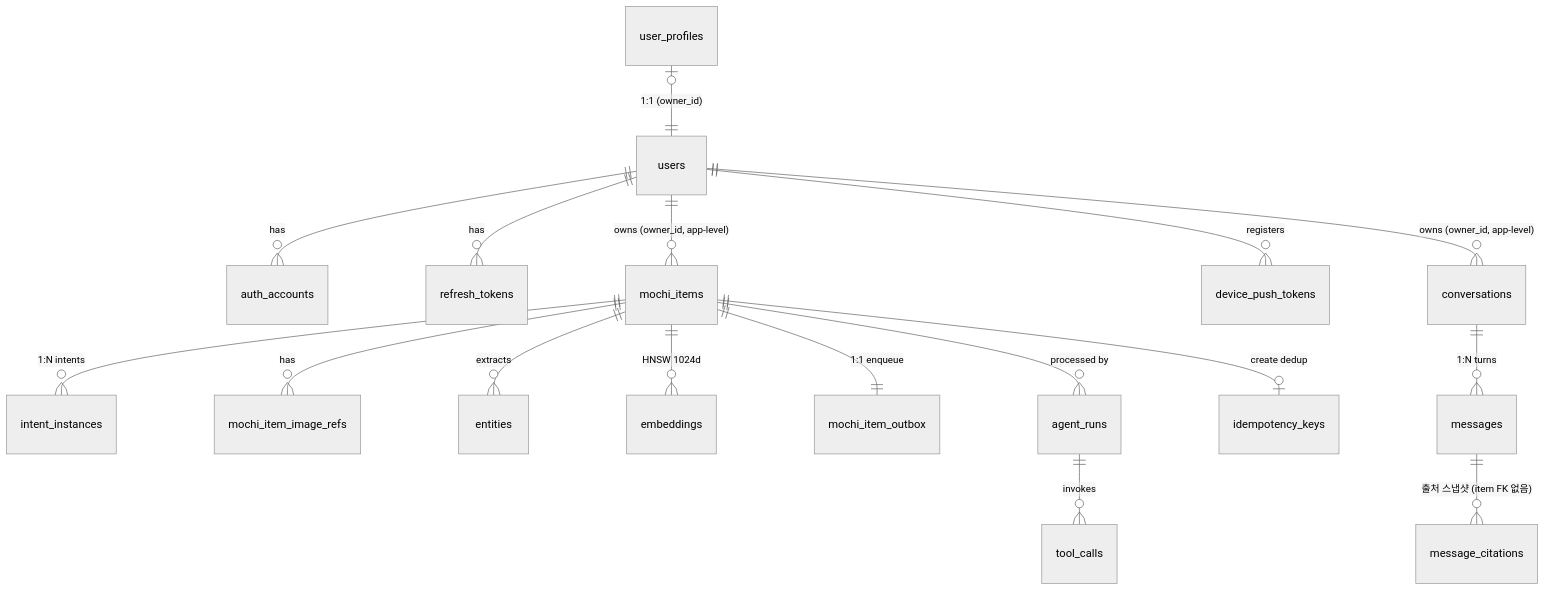
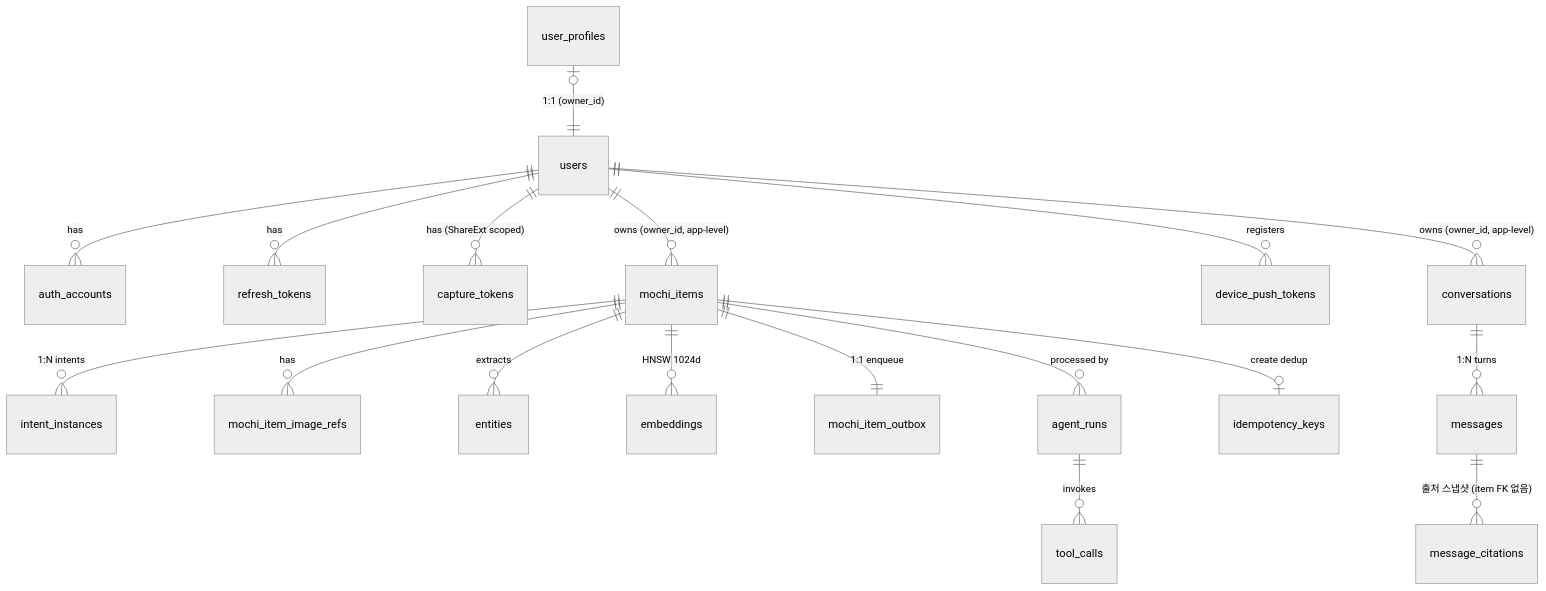
Before and after one commit to dku-mochi/mochi: the diagram in docs/DOMAIN_DESIGN.md, drawn with Mermaid (neutral theme). The commit also changed other lines of this file and 55 other files, not shown here.

First line of the commit message:
feat(backend,ios,docs): capture-scoped token + chat@v9/v10 + 채팅 마크다운 렌더링

````diff
--- a/docs/DOMAIN_DESIGN.md
+++ b/docs/DOMAIN_DESIGN.md
@@ -90,21 +90,22 @@
 ```mermaid
 erDiagram
     users ||--o{ auth_accounts : has
     users ||--o{ refresh_tokens : has
+    users ||--o{ capture_tokens : "has (ShareExt scoped)"
     users ||--o{ mochi_items : "owns (owner_id, app-level)"
     users ||--o{ device_push_tokens : registers
     user_profiles |o--|| users : "1:1 (owner_id)"
 
     mochi_items ||--o{ intent_instances : "1:N intents"
     mochi_items ||--o{ mochi_item_image_refs : has
     mochi_items ||--o{ entities : extracts
     mochi_items ||--o{ embeddings : "HNSW 1024d"
     mochi_items ||--|| mochi_item_outbox : "1:1 enqueue"
     mochi_items ||--o{ agent_runs : "processed by"
     agent_runs  ||--o{ tool_calls : invokes
     mochi_items ||--o| idempotency_keys : "create dedup"
 
     users ||--o{ conversations : "owns (owner_id, app-level)"
     conversations ||--o{ messages : "1:N turns"
     messages ||--o{ message_citations : "출처 스냅샷 (item FK 없음)"
 ```
````
